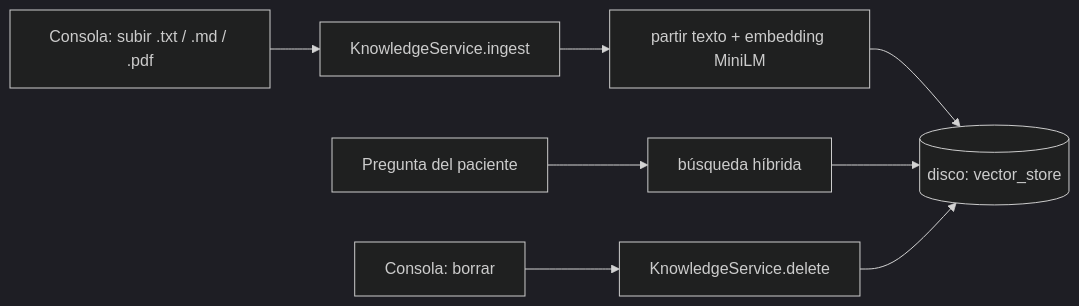
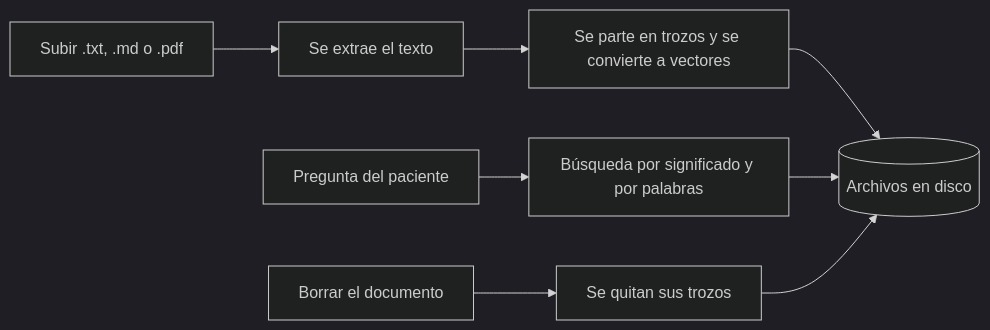
One commit to jfernand196/tech-sphere-voice-agent changed the fourth of 6 diagrams in ARCHITECTURE.md. Above: the diagram before and after it, drawn with Mermaid (dark theme). The commit also changed other lines of this file, not shown here.

Commit message:
Rewrite architecture diagrams in plain language.

````diff
--- a/ARCHITECTURE.md
+++ b/ARCHITECTURE.md
@@ -128,10 +143,10 @@
 ```mermaid
 flowchart LR
-  Up["Consola: subir .txt / .md / .pdf"] --> Ingest["KnowledgeService.ingest"]
-  Ingest --> Chunk["partir texto + embedding MiniLM"]
-  Chunk --> Idx[(disco: vector_store)]
-  Q["Pregunta del paciente"] --> Hyb["búsqueda híbrida"]
+  Up["Subir .txt, .md o .pdf"] --> Ingest["Se extrae el texto"]
+  Ingest --> Chunk["Se parte en trozos y se convierte a vectores"]
+  Chunk --> Idx[(Archivos en disco)]
+  Q["Pregunta del paciente"] --> Hyb["Búsqueda por significado y por palabras"]
   Hyb --> Idx
-  Del["Consola: borrar"] --> Drop["KnowledgeService.delete"]
+  Del["Borrar el documento"] --> Drop["Se quitan sus trozos"]
   Drop --> Idx
 ```
````
